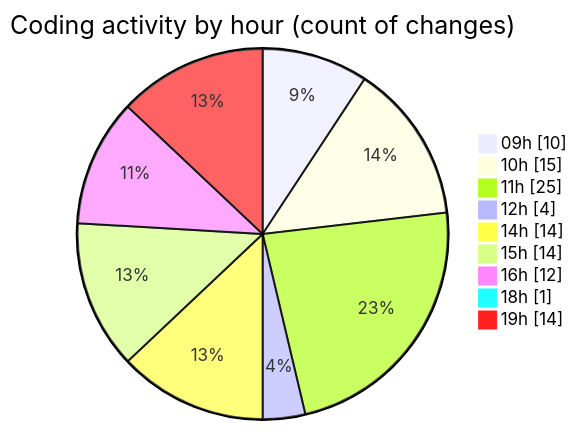
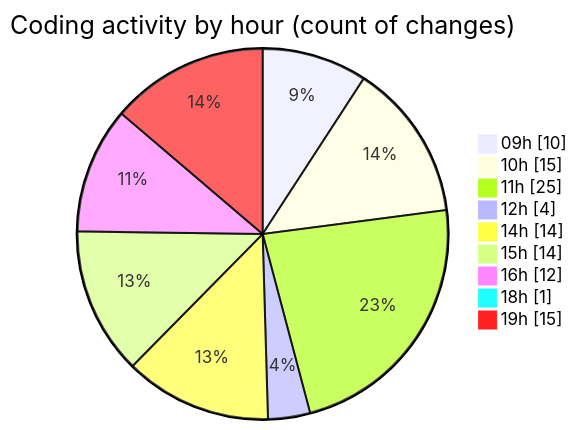
One commit to MatusMokan/code-tracking changed the second of 2 diagrams in 2025-03-21/myws__workspace_/README.md. Above: the diagram before and after it, drawn with Mermaid. The commit also changed other lines of this file and 1 other file, not shown here.

````diff
--- a/2025-03-21/myws__workspace_/README.md
+++ b/2025-03-21/myws__workspace_/README.md
@@ -35,13 +35,13 @@
 ```mermaid
 pie showData
 title Coding activity by hour (count of changes)
 "09h" : 10
 "10h" : 15
 "11h" : 25
 "12h" : 4
 "14h" : 14
 "15h" : 14
 "16h" : 12
 "18h" : 1
-"19h" : 14
+"19h" : 15
 ```
````
